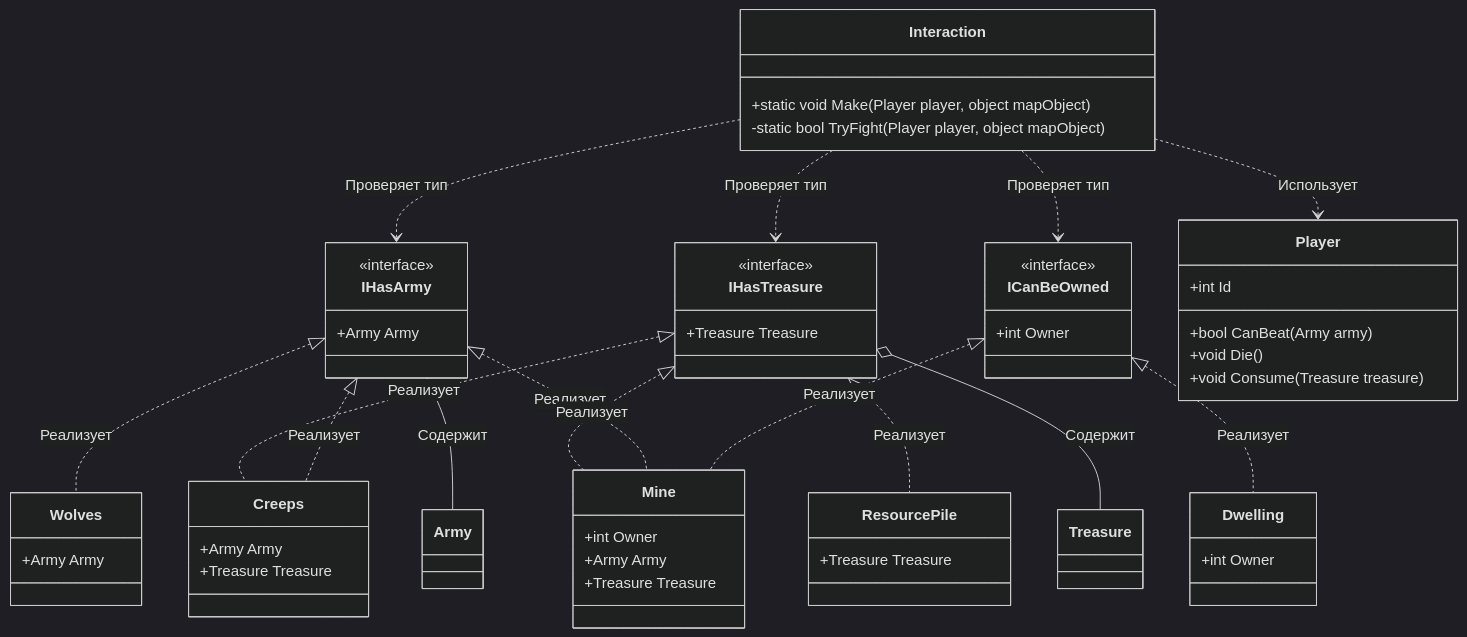
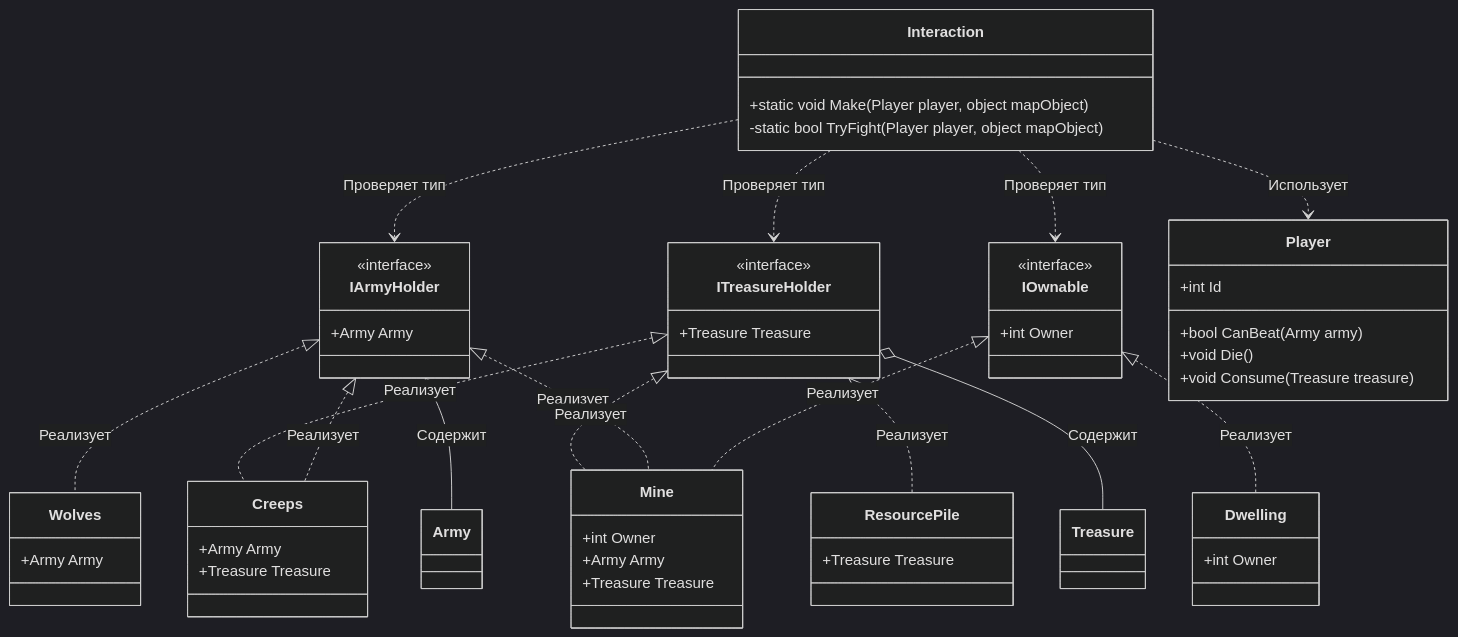
The diagram in homm.md (ram0k009/Practice), drawn with Mermaid (dark theme) before and after one commit. The commit also changed other lines of this file, not shown here.

````diff
--- a/homm.md
+++ b/homm.md
@@ -7,77 +7,77 @@
 ```mermaid
 classDiagram
     direction TB
 
-    class IHasTreasure {
+    class ITreasureHolder {
         <<interface>>
         +Treasure Treasure
     }
 
-    class IHasArmy {
+    class IArmyHolder {
         <<interface>>
         +Army Army
     }
 
-    class ICanBeOwned {
+    class IOwnable {
         <<interface>>
         +int Owner
     }
 
     class Dwelling {
         +int Owner
     }
 
     class Mine {
         +int Owner
         +Army Army
         +Treasure Treasure
     }
 
     class Creeps {
         +Army Army
         +Treasure Treasure
     }
 
     class Wolves {
         +Army Army
     }
 
     class ResourcePile {
         +Treasure Treasure
     }
 
     class Interaction {
         +static void Make(Player player, object mapObject)
         -static bool TryFight(Player player, object mapObject)
     }
 
     class Player {
         +bool CanBeat(Army army)
         +void Die()
         +void Consume(Treasure treasure)
         +int Id
     }
 
     class Army {
     }
 
     class Treasure {
     }
 
-    ICanBeOwned <|.. Dwelling : Реализует
-    ICanBeOwned <|.. Mine : Реализует
-    IHasArmy <|.. Mine : Реализует
-    IHasTreasure <|.. Mine : Реализует
-    IHasArmy <|.. Creeps : Реализует
-    IHasTreasure <|.. Creeps : Реализует
-    IHasArmy <|.. Wolves : Реализует
-    IHasTreasure <|.. ResourcePile : Реализует
+    IOwnable <|.. Dwelling : Реализует
+    IOwnable <|.. Mine : Реализует
+    IArmyHolder <|.. Mine : Реализует
+    ITreasureHolder <|.. Mine : Реализует
+    IArmyHolder <|.. Creeps : Реализует
+    ITreasureHolder <|.. Creeps : Реализует
+    IArmyHolder <|.. Wolves : Реализует
+    ITreasureHolder <|.. ResourcePile : Реализует
 
     Interaction ..> Player : Использует
-    Interaction ..> IHasArmy : Проверяет тип
-    Interaction ..> IHasTreasure : Проверяет тип
-    Interaction ..> ICanBeOwned : Проверяет тип
+    Interaction ..> IArmyHolder : Проверяет тип
+    Interaction ..> ITreasureHolder : Проверяет тип
+    Interaction ..> IOwnable : Проверяет тип
 
-    IHasArmy o-- Army : Содержит
-    IHasTreasure o-- Treasure : Содержит
+    IArmyHolder o-- Army : Содержит
+    ITreasureHolder o-- Treasure : Содержит
 ```
````
